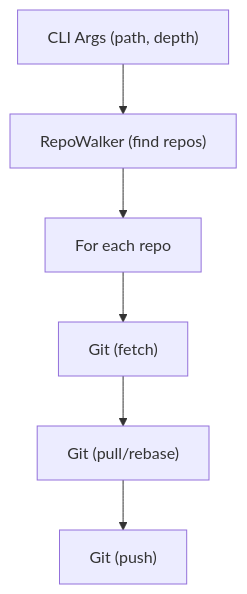
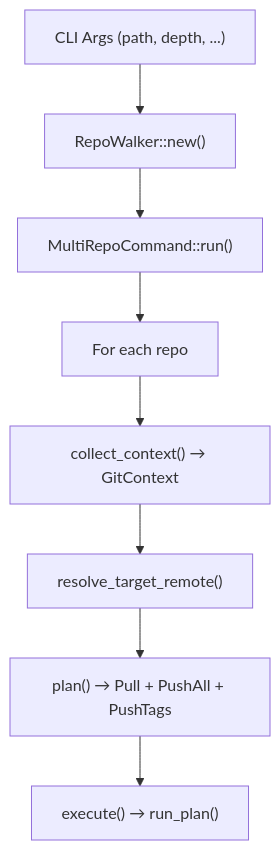
The fifth of 8 diagrams in docs/architecture.md (Jeanhwea/project-manager-app), drawn with Mermaid before and after one commit. The commit also changed other lines of this file, not shown here.

First line of the commit message:
docs(architecture): 更新架构文档以反映最新五层架构设计

````diff
--- a/docs/architecture.md
+++ b/docs/architecture.md
@@ -447,8 +650,10 @@
 ```mermaid
 flowchart TB
-    A["CLI Args (path, depth)"] --> B["RepoWalker (find repos)"]
-    B --> C["For each repo"]
-    C --> D["Git (fetch)"]
-    D --> E["Git (pull/rebase)"]
-    E --> F["Git (push)"]
+    A["CLI Args (path, depth, ...)"] --> B["RepoWalker::new()"]
+    B --> C["MultiRepoCommand::run()"]
+    C --> D["For each repo"]
+    D --> E["collect_context() → GitContext"]
+    E --> F["resolve_target_remote()"]
+    F --> G["plan() → Pull + PushAll + PushTags"]
+    G --> H["execute() → run_plan()"]
 ```
````
